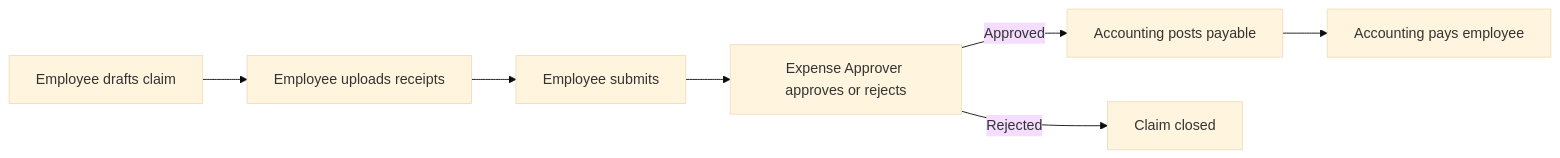
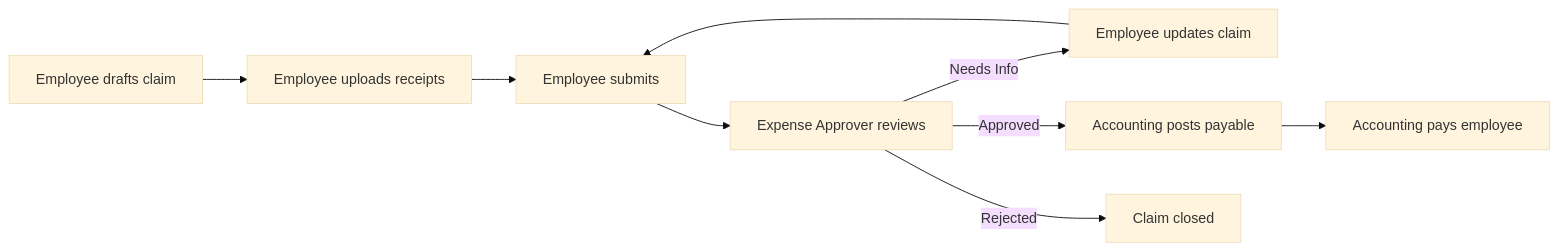
Before and after one commit to fderyckel/ifitwala_ed: the diagram in ifitwala_ed/docs/hr/expense_reimbursement.md, drawn with Mermaid (base theme). The commit also changed other lines of this file and 14 other files, not shown here.

First line of the commit message:
feat: implement Expense Claim workflow and UI components

````diff
--- a/ifitwala_ed/docs/hr/expense_reimbursement.md
+++ b/ifitwala_ed/docs/hr/expense_reimbursement.md
@@ -23,9 +23,11 @@
 ```mermaid
 flowchart LR
     A["Employee drafts claim"] --> B["Employee uploads receipts"]
     B --> C["Employee submits"]
-    C --> D["Expense Approver approves or rejects"]
+    C --> D["Expense Approver reviews"]
+    D -->|Needs Info| H["Employee updates claim"]
+    H --> C
     D -->|Approved| E["Accounting posts payable"]
     E --> F["Accounting pays employee"]
     D -->|Rejected| G["Claim closed"]
 ```
````
